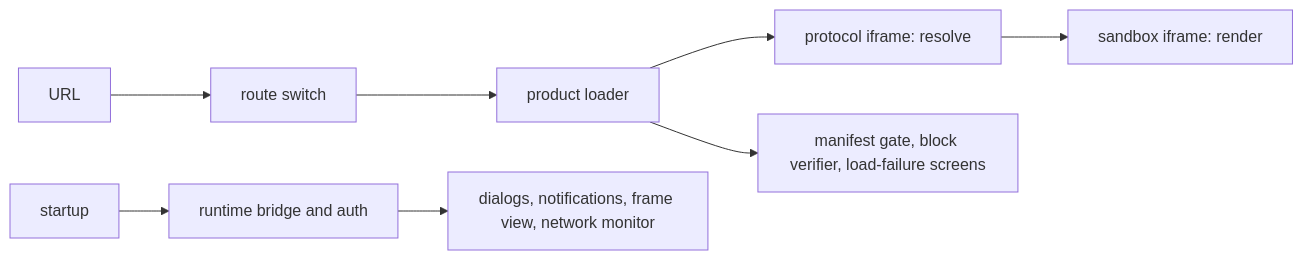
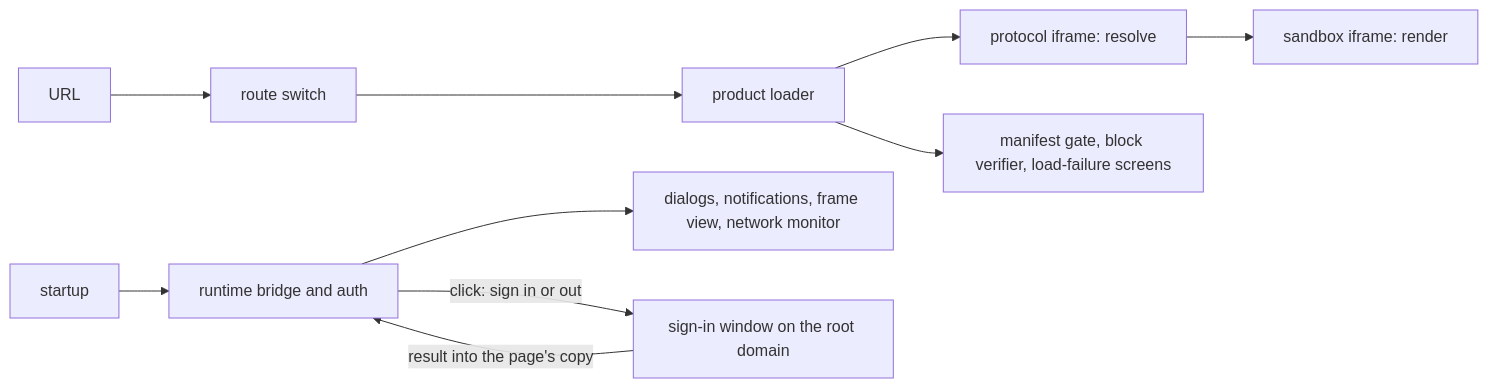
One commit to paritytech/dotli-community changed the first of 2 diagrams in apps/host/README.md. Above: the diagram before and after it, drawn with Mermaid. The commit also changed other lines of this file and 368 other files, not shown here.

Commit message:
feat(host): sign-in window on the root domain, and Sign in with Polkadot for third-party sites (#418)

````diff
--- a/apps/host/README.md
+++ b/apps/host/README.md
@@ -109,8 +202,10 @@
 ```mermaid
 flowchart LR
   url[URL] --> route["route switch"] --> loader[product loader]
   loader --> resolve["protocol iframe: resolve"] --> render["sandbox iframe: render"]
   loader --> checks["manifest gate, block verifier, load-failure screens"]
   startup --> bridge["runtime bridge and auth"]
   bridge --> page["dialogs, notifications, frame view, network monitor"]
+  bridge -- "click: sign in or out" --> window["sign-in window on the root domain"]
+  window -- "result into the page's copy" --> bridge
 ```
````
